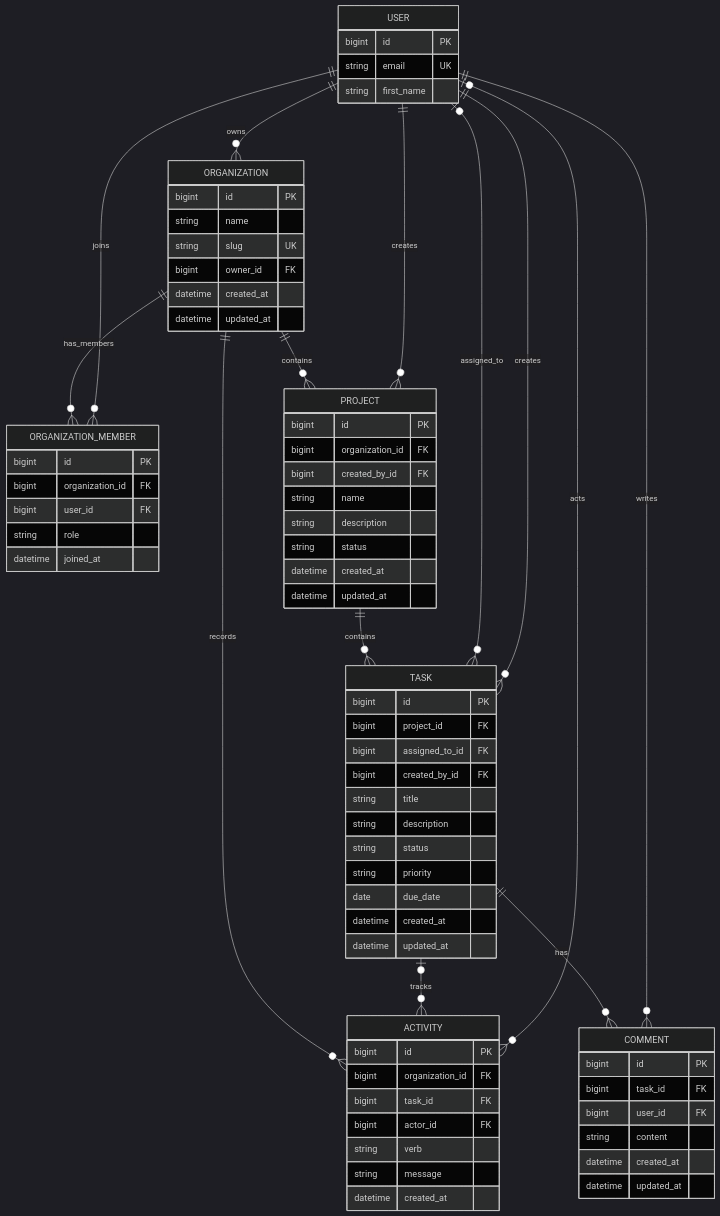
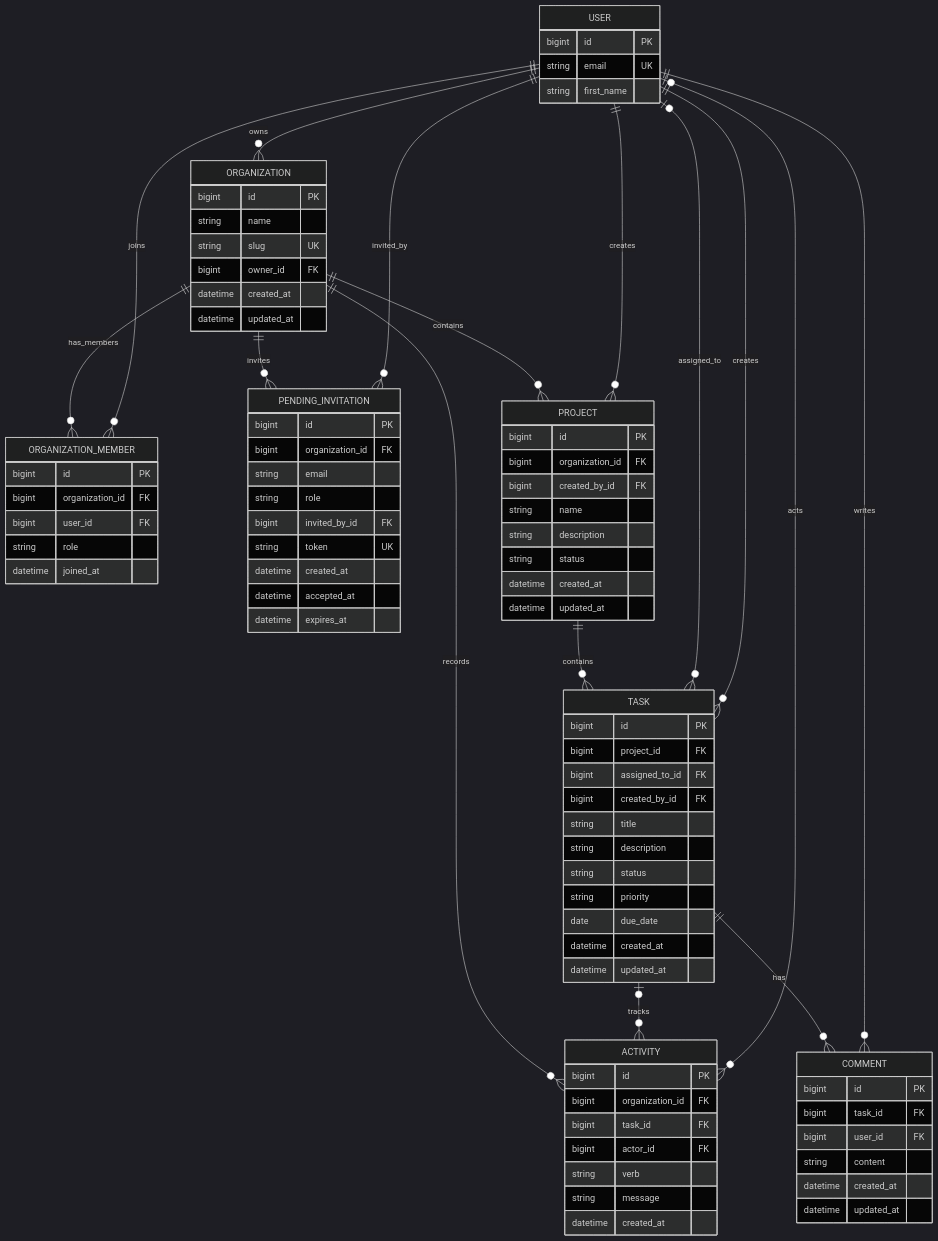
The diagram in DATABASE_SCHEMA.md (fizasayeed776/tasklane-project), drawn with Mermaid (dark theme) before and after one commit. The commit also changed other lines of this file and 3 other files, not shown here.

Commit message:
docs: document organization invitations and role controls

```diff
--- a/DATABASE_SCHEMA.md
+++ b/DATABASE_SCHEMA.md
@@ -25,6 +25,17 @@
         bigint user_id FK
         string role
         datetime joined_at
+    }
+    PENDING_INVITATION {
+        bigint id PK
+        bigint organization_id FK
+        string email
+        string role
+        bigint invited_by_id FK
+        string token UK
+        datetime created_at
+        datetime accepted_at
+        datetime expires_at
     }
     PROJECT {
         bigint id PK
@@ -70,6 +81,8 @@
     USER ||--o{ ORGANIZATION : owns
     ORGANIZATION ||--o{ ORGANIZATION_MEMBER : has_members
     USER ||--o{ ORGANIZATION_MEMBER : joins
+    ORGANIZATION ||--o{ PENDING_INVITATION : invites
+    USER ||--o{ PENDING_INVITATION : invited_by
     ORGANIZATION ||--o{ PROJECT : contains
     USER ||--o{ PROJECT : creates
     PROJECT ||--o{ TASK : contains
```
